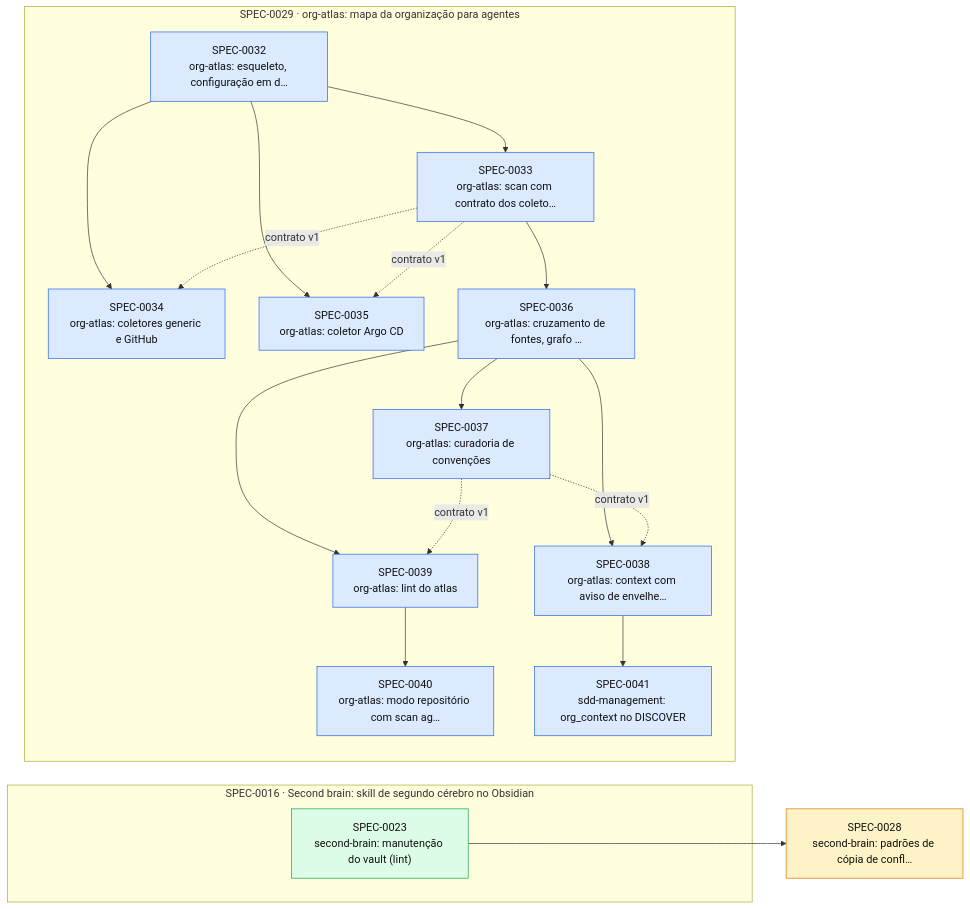
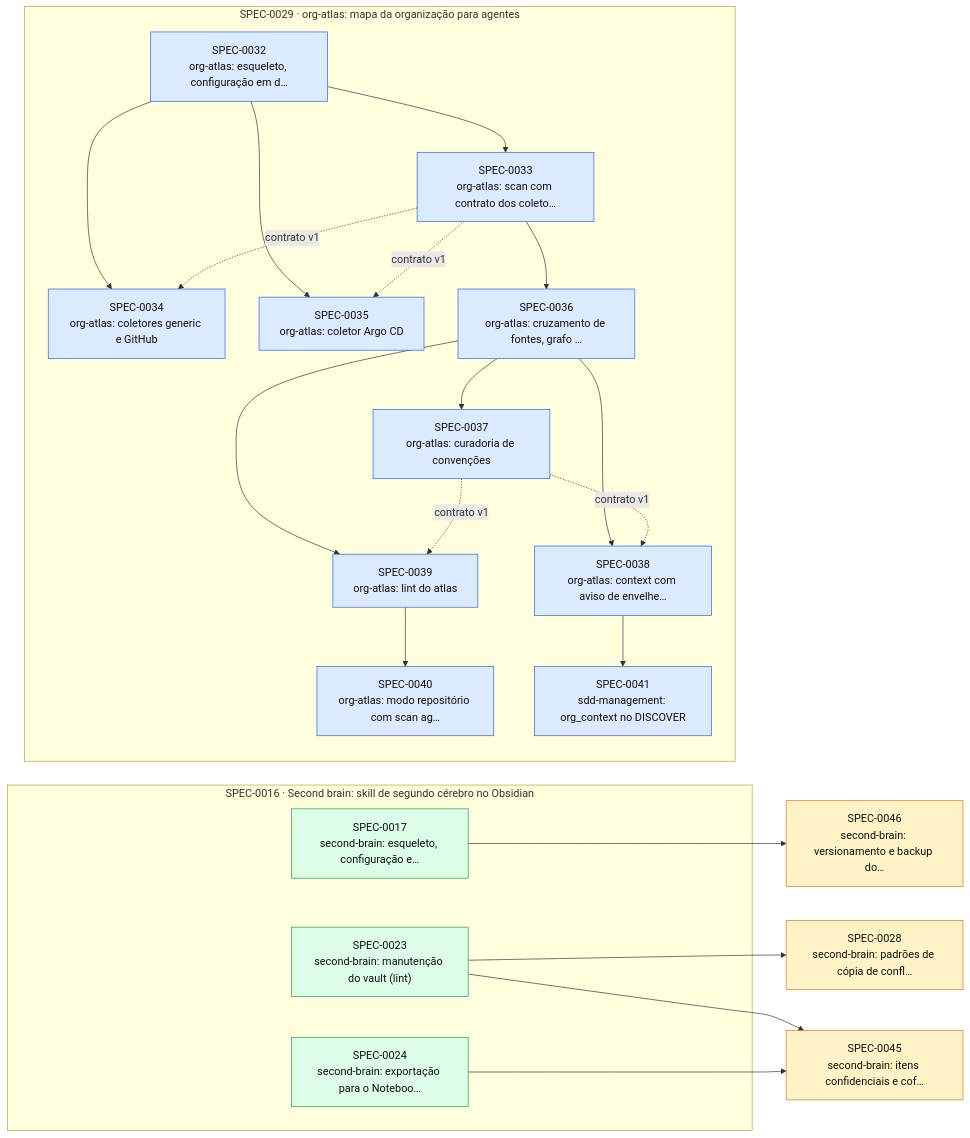
The diagram in docs/specs/INDEX.md (thomasravache/ai-dev-brain), drawn with Mermaid before and after one commit. The commit also changed other lines of this file and 2 other files, not shown here.

First line of the commit message:
docs(specs): radar do second-brain — itens confidenciais (SPEC-0045) e backup (SPEC-0046)

````diff
--- a/docs/specs/INDEX.md
+++ b/docs/specs/INDEX.md
@@ -58,38 +60,45 @@
 ```mermaid
 flowchart LR
   S0028["SPEC-0028<br/>second-brain: padrões de cópia de confl…"]:::proposed
+  S0045["SPEC-0045<br/>second-brain: itens confidenciais e cof…"]:::proposed
+  S0046["SPEC-0046<br/>second-brain: versionamento e backup do…"]:::proposed
   subgraph E0016["SPEC-0016 · Second brain: skill de segundo cérebro no Obsidian"]
+    S0017["SPEC-0017<br/>second-brain: esqueleto, configuração e…"]:::implemented
     S0023["SPEC-0023<br/>second-brain: manutenção do vault (lint)"]:::implemented
+    S0024["SPEC-0024<br/>second-brain: exportação para o Noteboo…"]:::implemented
   end
   subgraph E0029["SPEC-0029 · org-atlas: mapa da organização para agentes"]
     S0032["SPEC-0032<br/>org-atlas: esqueleto, configuração em d…"]:::approved
     S0033["SPEC-0033<br/>org-atlas: scan com contrato dos coleto…"]:::approved
     S0034["SPEC-0034<br/>org-atlas: coletores generic e GitHub"]:::approved
     S0035["SPEC-0035<br/>org-atlas: coletor Argo CD"]:::approved
     S0036["SPEC-0036<br/>org-atlas: cruzamento de fontes, grafo …"]:::approved
     S0037["SPEC-0037<br/>org-atlas: curadoria de convenções"]:::approved
     S0038["SPEC-0038<br/>org-atlas: context com aviso de envelhe…"]:::approved
     S0039["SPEC-0039<br/>org-atlas: lint do atlas"]:::approved
     S0040["SPEC-0040<br/>org-atlas: modo repositório com scan ag…"]:::approved
     S0041["SPEC-0041<br/>sdd-management: org_context no DISCOVER"]:::approved
   end
   S0023 --> S0028
   S0032 --> S0033
   S0032 --> S0034
   S0033 -. contrato v1 .-> S0034
   S0032 --> S0035
   S0033 -. contrato v1 .-> S0035
   S0033 --> S0036
   S0036 --> S0037
   S0036 --> S0038
   S0037 -. contrato v1 .-> S0038
   S0036 --> S0039
   S0037 -. contrato v1 .-> S0039
   S0039 --> S0040
   S0038 --> S0041
+  S0023 --> S0045
+  S0024 --> S0045
+  S0017 --> S0046
   classDef proposed fill:#fef3c7,stroke:#d97706,color:#111
   classDef approved fill:#dbeafe,stroke:#2563eb,color:#111
   classDef inprogress fill:#ede9fe,stroke:#7c3aed,color:#111
   classDef implemented fill:#dcfce7,stroke:#16a34a,color:#111
   classDef deprecated fill:#f3f4f6,stroke:#9ca3af,color:#6b7280
 ```
````
